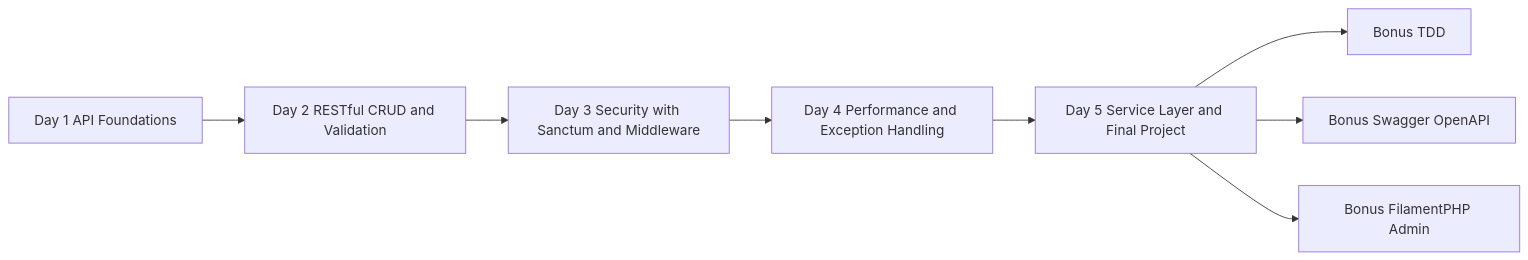
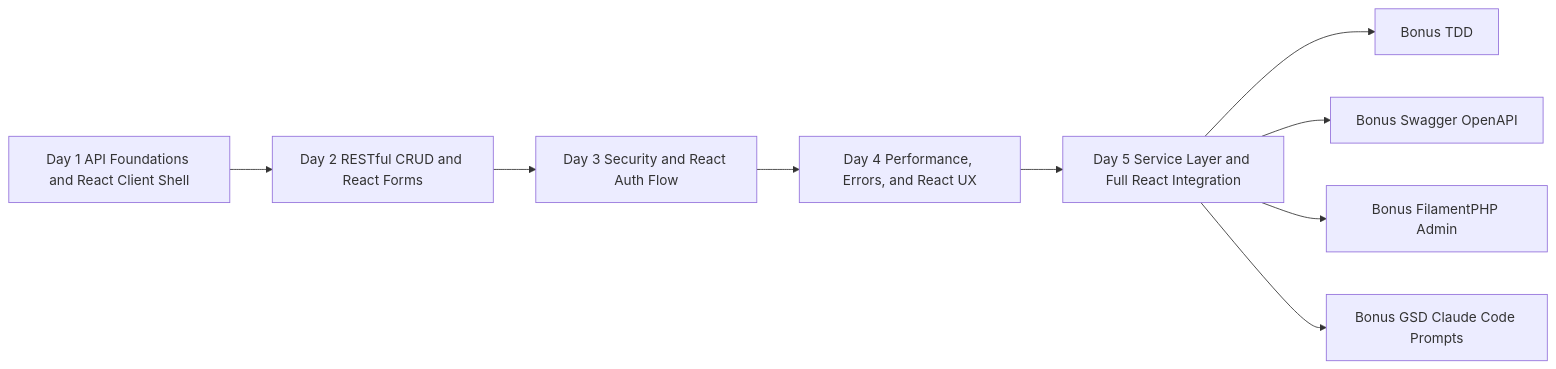
Before and after one commit to habibtalib/laravel-api-tutorial: the first of 2 diagrams in training/overview.md, drawn with Mermaid. The commit also changed other lines of this file and 2 other files, not shown here.

````diff
--- a/training/overview.md
+++ b/training/overview.md
@@ -86,10 +97,11 @@
 ```mermaid
 flowchart LR
-    Day1["Day 1 API Foundations"] --> Day2["Day 2 RESTful CRUD and Validation"]
-    Day2 --> Day3["Day 3 Security with Sanctum and Middleware"]
-    Day3 --> Day4["Day 4 Performance and Exception Handling"]
-    Day4 --> Day5["Day 5 Service Layer and Final Project"]
+    Day1["Day 1 API Foundations and React Client Shell"] --> Day2["Day 2 RESTful CRUD and React Forms"]
+    Day2 --> Day3["Day 3 Security and React Auth Flow"]
+    Day3 --> Day4["Day 4 Performance, Errors, and React UX"]
+    Day4 --> Day5["Day 5 Service Layer and Full React Integration"]
     Day5 --> TDD["Bonus TDD"]
     Day5 --> Swagger["Bonus Swagger OpenAPI"]
     Day5 --> Filament["Bonus FilamentPHP Admin"]
+    Day5 --> GSD["Bonus GSD Claude Code Prompts"]
 ```
````
